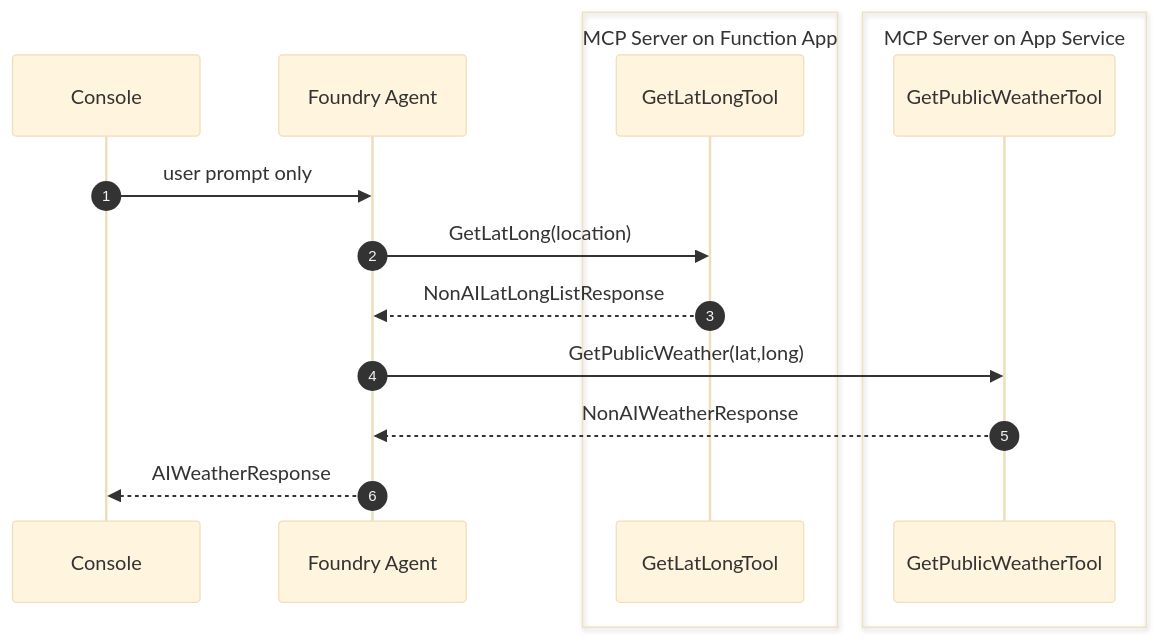
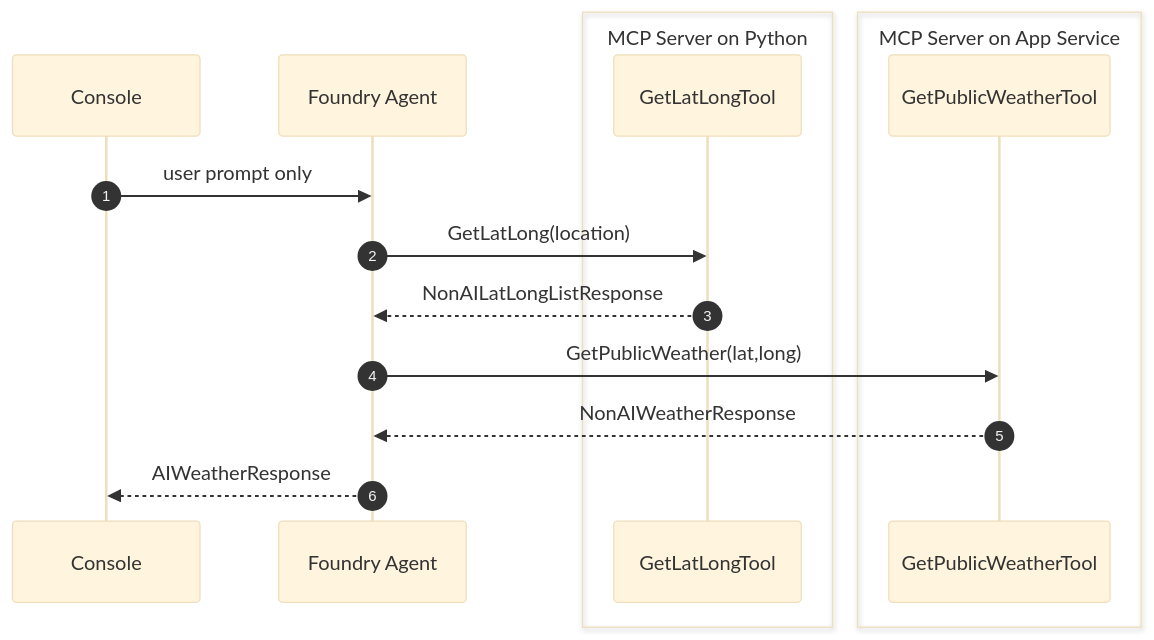
Before and after one commit to dustinkorzaan/weather-1116: the seventh of 8 diagrams in docs/4-demystifying-foundry-agents-mcp/demystifying-foundry-agents-mcp.md, drawn with Mermaid (base theme). The commit also changed other lines of this file and 21 other files, not shown here.

First line of the commit message:
Swap geo MCP tools: GetLatLong/GetLocation to mcp-srv-python, GetCities to mcp-srv-func-app

````diff
--- a/docs/4-demystifying-foundry-agents-mcp/demystifying-foundry-agents-mcp.md
+++ b/docs/4-demystifying-foundry-agents-mcp/demystifying-foundry-agents-mcp.md
@@ -222,19 +222,19 @@
   ```mermaid
   sequenceDiagram
       autonumber
       participant Console
       participant Agent as Foundry Agent
-      box MCP Server on Function App
+      box MCP Server on Python
           participant GetLatLongTool
       end
       box MCP Server on App Service
           participant GetPublicWeatherTool
       end
 
       Console->>Agent: user prompt only
       Agent->>GetLatLongTool: GetLatLong(location)
       GetLatLongTool-->>Agent: NonAILatLongListResponse
       Agent->>GetPublicWeatherTool: GetPublicWeather(lat,long)
       GetPublicWeatherTool-->>Agent: NonAIWeatherResponse
       Agent-->>Console: AIWeatherResponse
   ```
````
